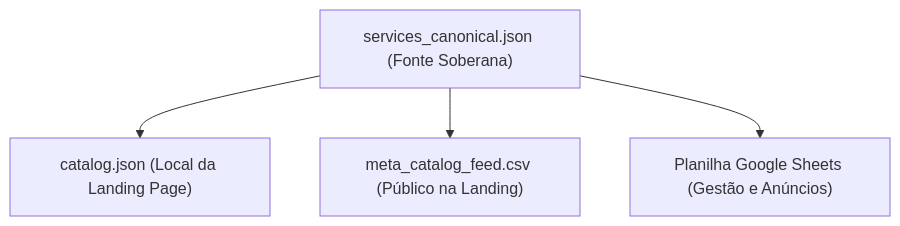
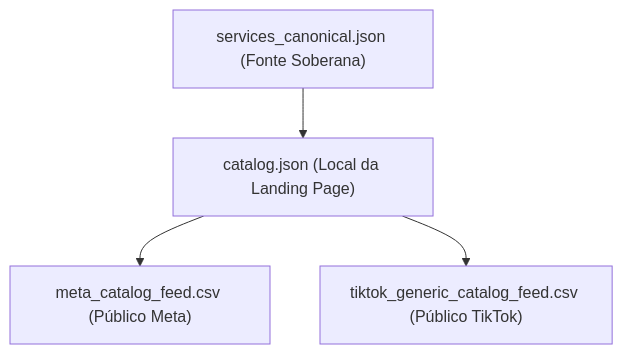
The diagram in docs/padrao-planilha-servicos.md (NEO-FlowOFF/neo-flw-landing), drawn with Mermaid before and after one commit. The commit also changed other lines of this file, not shown here.

Commit message:
docs: update padrao-planilha-servicos.md to document separate feeds and TikTok homologation rules

````diff
--- a/docs/padrao-planilha-servicos.md
+++ b/docs/padrao-planilha-servicos.md
@@ -11,6 +11,6 @@
 ```mermaid
 graph TD
     A["services_canonical.json (Fonte Soberana)"] --> B["catalog.json (Local da Landing Page)"]
-    A --> C["meta_catalog_feed.csv (Público na Landing)"]
-    A --> D["Planilha Google Sheets (Gestão e Anúncios)"]
+    B --> C["meta_catalog_feed.csv (Público Meta)"]
+    B --> D["tiktok_generic_catalog_feed.csv (Público TikTok)"]
 ```
````
